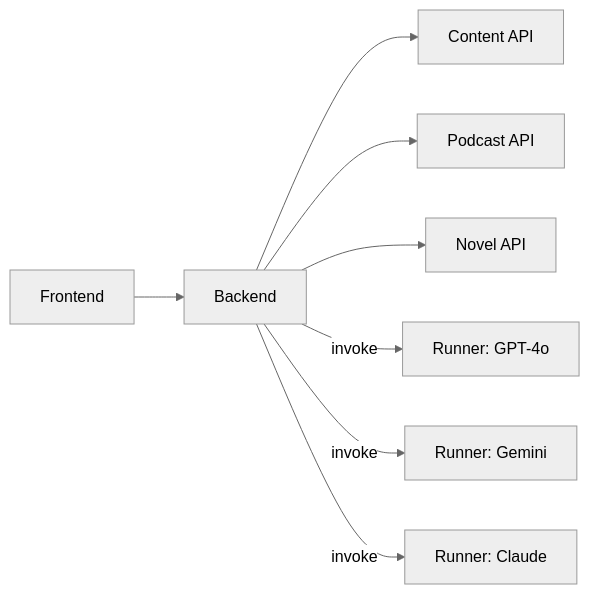
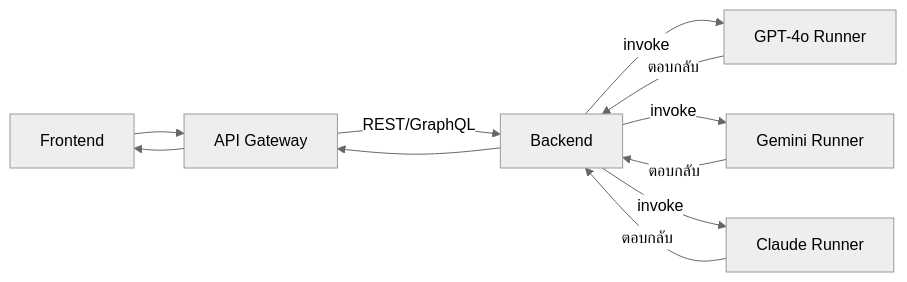
One commit to billlzzz10/UnicornX changed the third of 3 diagrams in README.md. Above: the diagram before and after it, drawn with Mermaid (neutral theme). The commit also changed other lines of this file and 14 other files, not shown here.

````diff
--- a/README.md
+++ b/README.md
@@ -80,10 +81,12 @@
 ```mermaid
 flowchart LR
-  FE[Frontend] --> BE[Backend]
-  BE --> API1[Content API]
-  BE --> API2[Podcast API]
-  BE --> API3[Novel API]
-  BE -->|invoke| GPT4o[Runner: GPT-4o]
-  BE -->|invoke| Gemini[Runner: Gemini]
-  BE -->|invoke| Claude[Runner: Claude]
+  FE[Frontend] --> API[API Gateway]
+  API -->|REST/GraphQL| BE[Backend]
+  BE -->|invoke| AI1[GPT-4o Runner]
+  BE -->|invoke| AI2[Gemini Runner]
+  BE -->|invoke| AI3[Claude Runner]
+  AI1 -->|ตอบกลับ| BE
+  AI2 -->|ตอบกลับ| BE
+  AI3 -->|ตอบกลับ| BE
+  BE --> API --> FE
 ```
````
